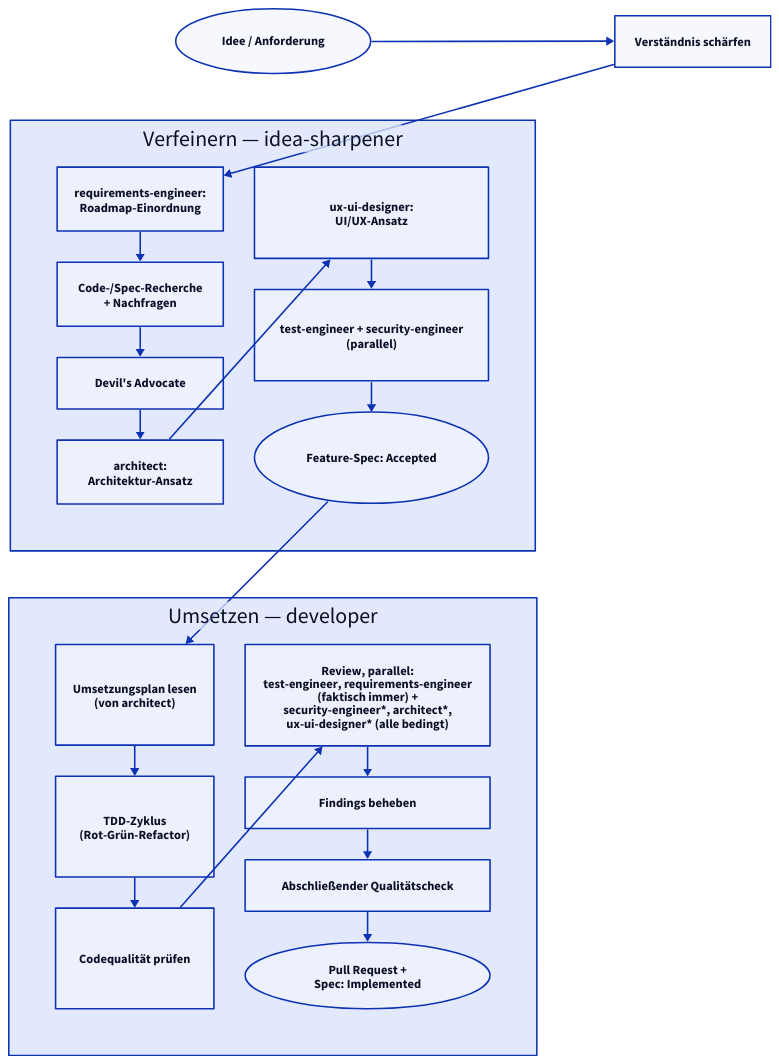
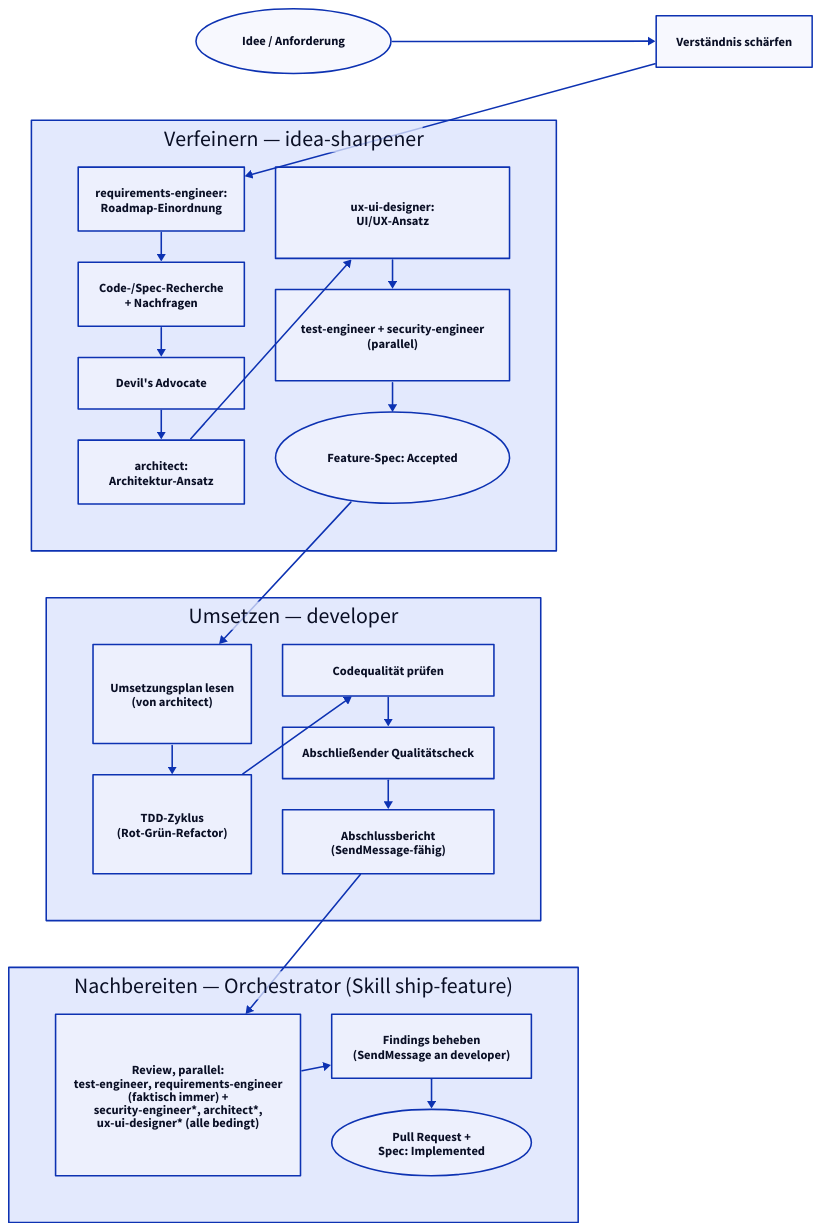
The diagram in specs/diagrams/workflow-overview.d2 (TheRealKoller/photosort), drawn with D2 before and after one commit. The commit also changed 10 other files, not shown here.

First line of the commit message:
docs: move review-agent and PR workflow to orchestrator (Spec 0046)

```diff
--- a/specs/diagrams/workflow-overview.d2
+++ b/specs/diagrams/workflow-overview.d2
@@ -1,53 +1,68 @@
 # Migriert aus dem bisherigen Mermaid-Flowchart in README.md.
 # Siehe ADR specs/decisions/0013-diagram-tooling-d2.md und
 # Feature-Spec specs/features/0018-diagram-tooling-migration.md.
 # Rendern: scripts/render-diagrams.sh (ruft "d2 --sketch" auf).
 #
 # Layout bewusst als kompaktes Grid statt einer einzelnen langen Kette pro
 # Subgraph (Akzeptanzkriterium "kompakter/weniger vertikaler Platzverbrauch"
 # als das bisherige Mermaid-Flowchart) - Inhalt/Knoten/Kanten sind eine reine
 # 1:1-Uebersetzung des bisherigen Diagramms, nur die Anordnung ist neu.
 #
-# Gerendert/verifiziert mit d2 v0.7.1 (https://github.com/d2lang/d2/releases).
+# Aktualisiert fuer Feature-Spec specs/features/0046-review-agenten-und-pr-workflow-orchestrator.md /
+# ADR specs/decisions/0024-review-agenten-und-pr-workflow-beim-orchestrator.md: Review- und
+# PR-Knoten liegen jetzt im eigenen "shipfeature"-Subgraph (Orchestrator, Skill ship-feature)
+# statt im "implement"-Subgraph (developer) - developer endet stattdessen mit dem
+# SendMessage-faehigen Abschlussbericht.
+#
+# Gerendert/verifiziert mit d2 v0.8.1 (https://github.com/d2lang/d2/releases).
 
 direction: right
 
 idea: "Idee / Anforderung" {
   shape: oval
 }
 understand: "Verständnis schärfen"
 
 idea -> understand
 
 refine: "Verfeinern — idea-sharpener" {
   grid-columns: 2
   re: "requirements-engineer:\nRoadmap-Einordnung"
   research: "Code-/Spec-Recherche\n+ Nachfragen"
   devil: "Devil's Advocate"
   arch: "architect:\nArchitektur-Ansatz"
   ux: "ux-ui-designer:\nUI/UX-Ansatz"
   testsec: "test-engineer + security-engineer\n(parallel)"
   spec: "Feature-Spec: Accepted" {
     shape: oval
   }
 
   re -> research -> devil -> arch -> ux -> testsec -> spec
 }
 
 implement: "Umsetzen — developer" {
   grid-columns: 2
   plan: "Umsetzungsplan lesen\n(von architect)"
   tdd: "TDD-Zyklus\n(Rot-Grün-Refactor)"
   quality: "Codequalität prüfen"
+  final: "Abschließender Qualitätscheck"
+  report: "Abschlussbericht\n(SendMessage-fähig)"
+
+  plan -> tdd -> quality -> final -> report
+}
+
+shipfeature: "Nachbereiten — Orchestrator (Skill ship-feature)" {
+  grid-columns: 2
   review: "Review, parallel:\ntest-engineer, requirements-engineer\n(faktisch immer) +\nsecurity-engineer*, architect*,\nux-ui-designer* (alle bedingt)"
-  fix: "Findings beheben"
-  final: "Abschließender Qualitätscheck"
+  fix: "Findings beheben\n(SendMessage an developer)"
   pr: "Pull Request +\nSpec: Implemented" {
     shape: oval
   }
 
-  plan -> tdd -> quality -> review -> fix -> final -> pr
+  review -> fix -> pr
 }
+
+implement.report -> shipfeature.review
 
 understand -> refine.re
 refine.spec -> implement.plan
```
